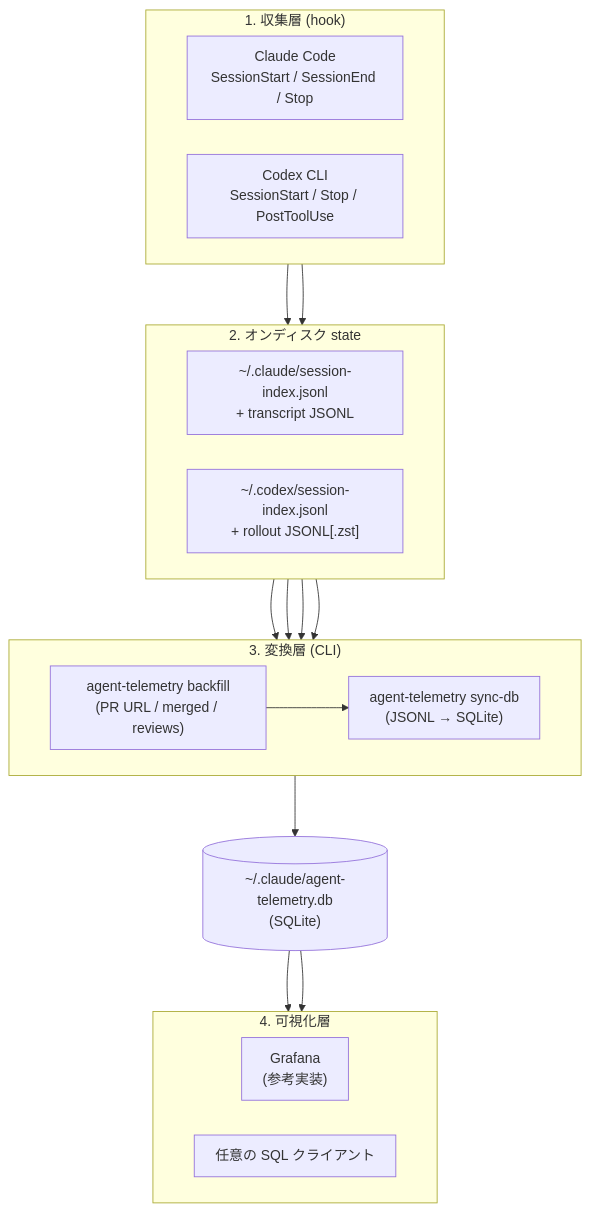
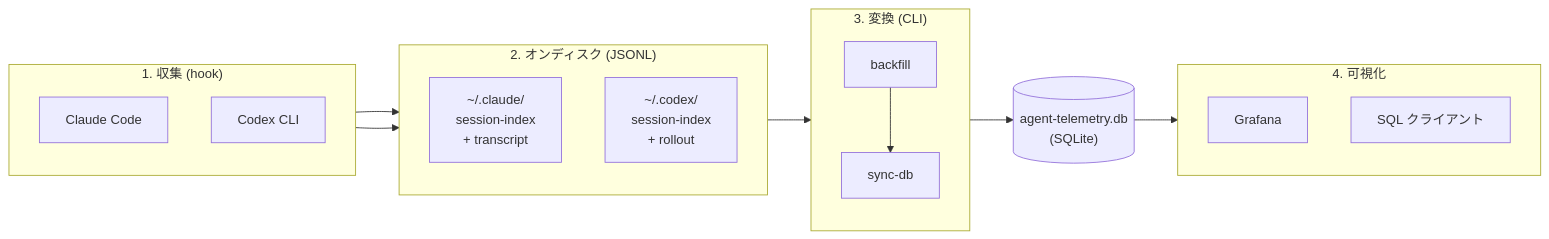
Before and after one commit to ishii1648/hitl-metrics: the diagram in site/content/explain/architecture/index.md, drawn with Mermaid. The commit also changed 3 other files, not shown here.

````diff
--- a/site/content/explain/architecture/index.md
+++ b/site/content/explain/architecture/index.md
@@ -10,40 +10,36 @@
 ```mermaid
-%%{init: {'flowchart': {'nodeSpacing': 40, 'rankSpacing': 70, 'padding': 12}, 'themeVariables': {'fontSize': '16px'}}}%%
-flowchart TB
-    subgraph collect["1. 収集層 (hook)"]
-        direction LR
-        CC["Claude Code<br/>SessionStart / SessionEnd / Stop"]
-        CX["Codex CLI<br/>SessionStart / Stop / PostToolUse"]
+%%{init: {'themeVariables': {'fontSize': '15px'}}}%%
+flowchart LR
+    subgraph hooks["1. 収集 (hook)"]
+        direction TB
+        CC["Claude Code"]
+        CX["Codex CLI"]
     end
 
-    subgraph files["2. オンディスク state"]
-        direction LR
-        CCJ["~/.claude/session-index.jsonl<br/>+ transcript JSONL"]
-        CXJ["~/.codex/session-index.jsonl<br/>+ rollout JSONL[.zst]"]
+    subgraph state["2. オンディスク (JSONL)"]
+        direction TB
+        CCJ["~/.claude/<br/>session-index<br/>+ transcript"]
+        CXJ["~/.codex/<br/>session-index<br/>+ rollout"]
     end
 
-    subgraph transform["3. 変換層 (CLI)"]
-        direction LR
-        BF["agent-telemetry backfill<br/>(PR URL / merged / reviews)"]
-        SD["agent-telemetry sync-db<br/>(JSONL → SQLite)"]
+    subgraph cli["3. 変換 (CLI)"]
+        direction TB
+        BF["backfill"]
+        SD["sync-db"]
+        BF --> SD
     end
 
-    DB[("~/.claude/agent-telemetry.db<br/>(SQLite)")]
+    DB[("agent-telemetry.db<br/>(SQLite)")]
 
-    subgraph viz["4. 可視化層"]
-        direction LR
-        GR["Grafana<br/>(参考実装)"]
-        SQL["任意の SQL クライアント"]
+    subgraph viz["4. 可視化"]
+        direction TB
+        GR["Grafana"]
+        SQL["SQL クライアント"]
     end
 
     CC --> CCJ
     CX --> CXJ
-    CCJ --> BF
-    CXJ --> BF
-    BF --> SD
-    CCJ --> SD
-    CXJ --> SD
-    SD --> DB
-    DB --> GR
-    DB --> SQL
+    state --> cli
+    cli --> DB
+    DB --> viz
 ```
````
